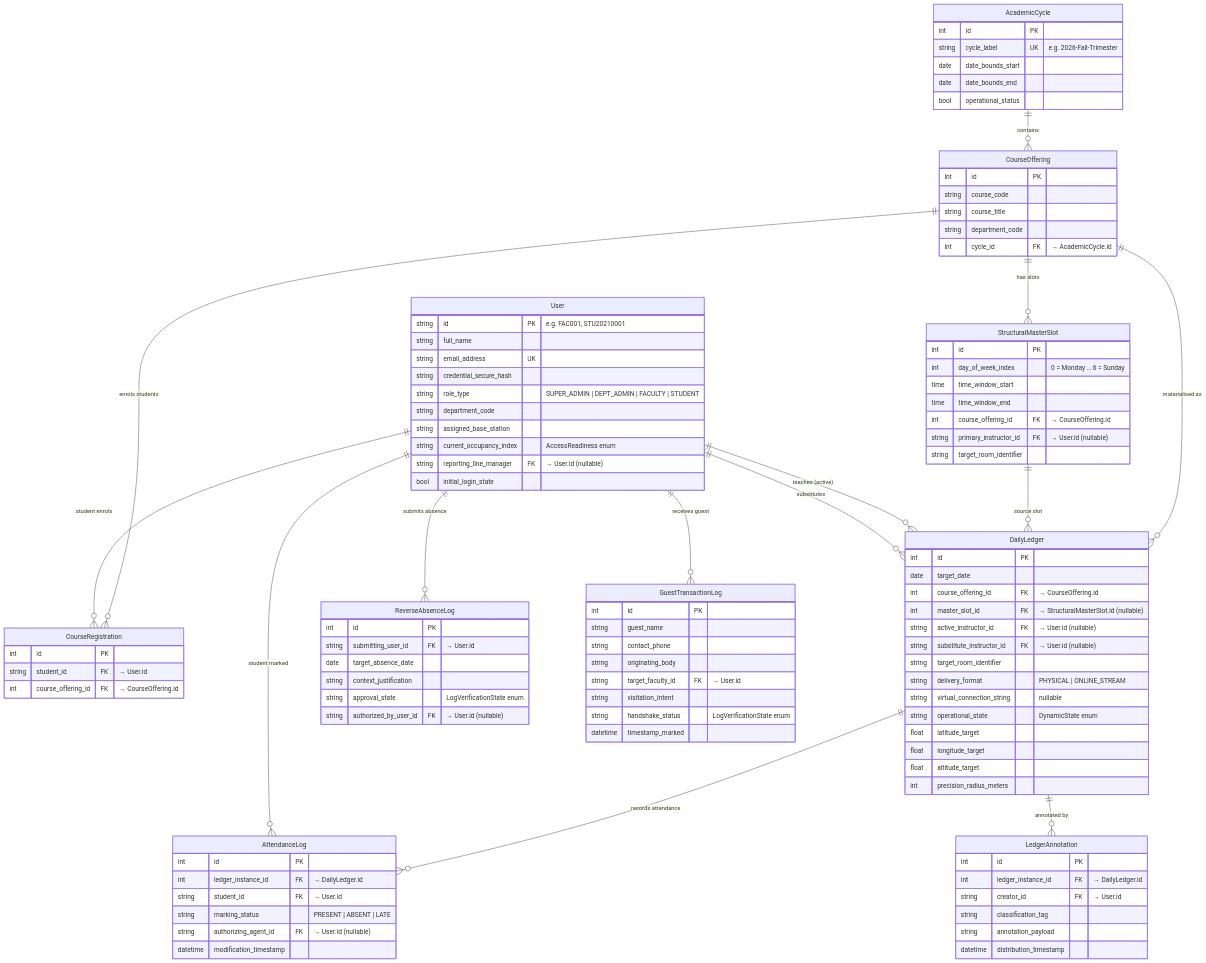
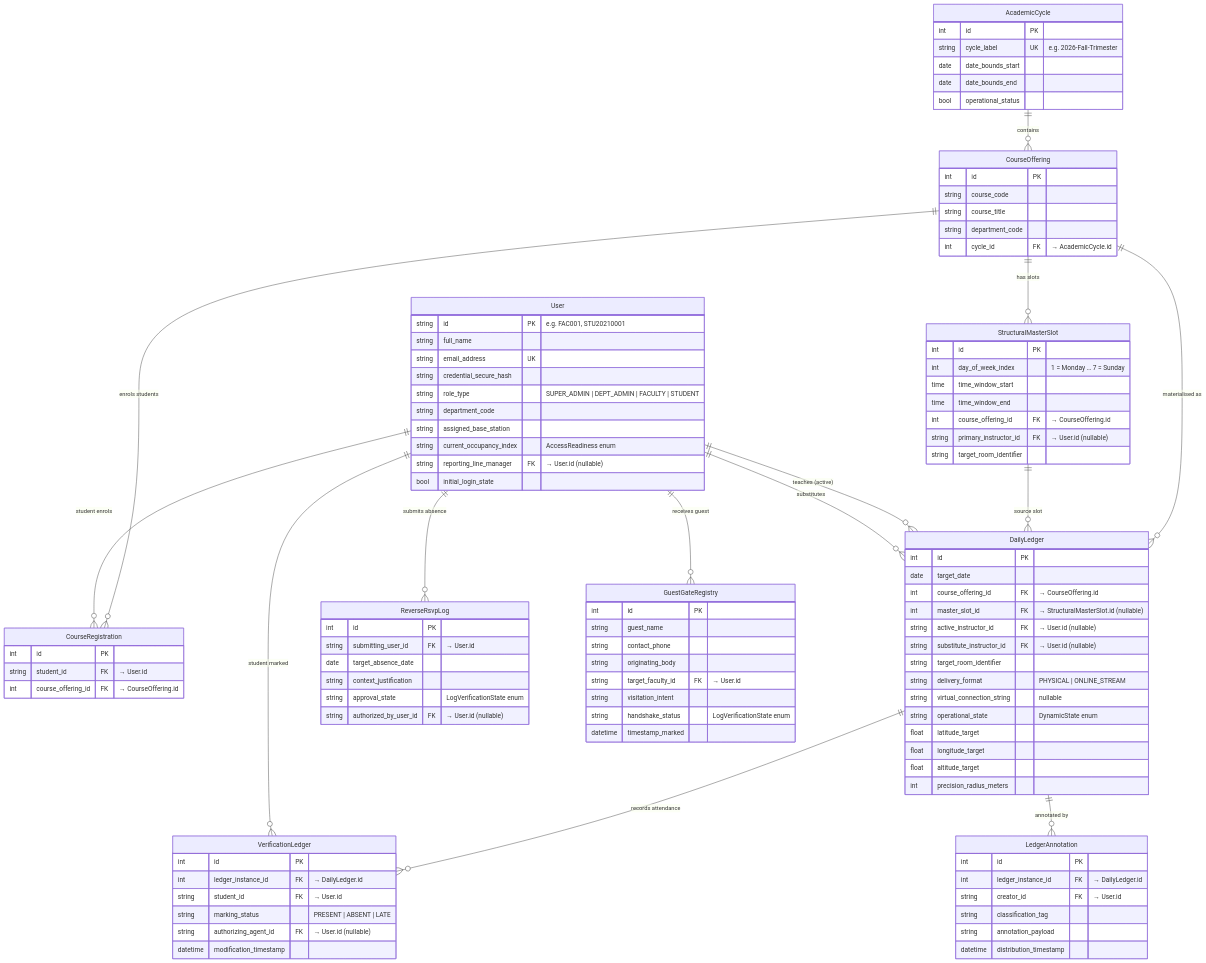
Before and after one commit to Life-Experimentalist/Chronos-Ledger: the diagram in docs/data-model.md, drawn with Mermaid. The commit also changed other lines of this file and 3 other files, not shown here.

````diff
--- a/docs/data-model.md
+++ b/docs/data-model.md
@@ -42,7 +42,7 @@
 
     StructuralMasterSlot {
         int id PK
-        int day_of_week_index "0 = Monday … 6 = Sunday"
+        int day_of_week_index "1 = Monday … 7 = Sunday"
         time time_window_start
         time time_window_end
         int course_offering_id FK "→ CourseOffering.id"
@@ -73,7 +73,7 @@
         int precision_radius_meters
     }
 
-    AttendanceLog {
+    VerificationLedger {
         int id PK
         int ledger_instance_id FK "→ DailyLedger.id"
         string student_id FK "→ User.id"
@@ -82,7 +82,7 @@
         datetime modification_timestamp
     }
 
-    ReverseAbsenceLog {
+    ReverseRsvpLog {
         int id PK
         string submitting_user_id FK "→ User.id"
         date target_absence_date
@@ -91,7 +91,7 @@
         string authorized_by_user_id FK "→ User.id (nullable)"
     }
 
-    GuestTransactionLog {
+    GuestGateRegistry {
         int id PK
         string guest_name
         string contact_phone
@@ -119,9 +119,9 @@
     User ||--o{ CourseRegistration : "student enrols"
     User ||--o{ DailyLedger : "teaches (active)"
     User ||--o{ DailyLedger : "substitutes"
-    DailyLedger ||--o{ AttendanceLog : "records attendance"
+    DailyLedger ||--o{ VerificationLedger : "records attendance"
     DailyLedger ||--o{ LedgerAnnotation : "annotated by"
-    User ||--o{ AttendanceLog : "student marked"
-    User ||--o{ ReverseAbsenceLog : "submits absence"
-    User ||--o{ GuestTransactionLog : "receives guest"
+    User ||--o{ VerificationLedger : "student marked"
+    User ||--o{ ReverseRsvpLog : "submits absence"
+    User ||--o{ GuestGateRegistry : "receives guest"
 ```
````
